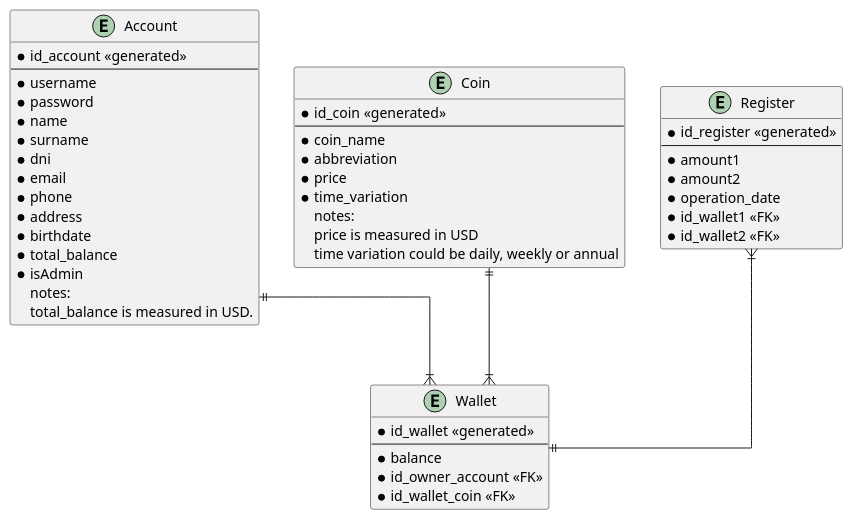
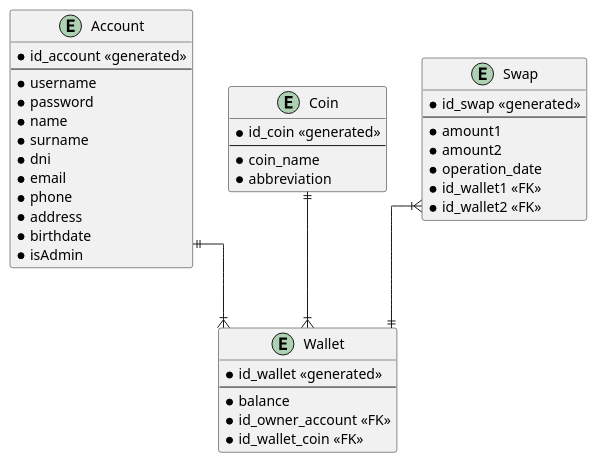
One commit to OrionTeamUTN/Bull changed the diagram in docs/Bull_E-R.puml. Above: the diagram before and after it, drawn with PlantUML.

Commit message:
Modifique el diagrama E-R

```diff
--- a/docs/Bull_E-R.puml
+++ b/docs/Bull_E-R.puml
@@ -1,65 +1,57 @@
 @startuml Bull_E-R
 
 skinparam linetype ortho
 
 entity Account {
     * id_account <<generated>>
     --
     * username
     * password
     * name 
     * surname
     * dni
     * email 
     * phone
     * address
     * birthdate
-    * total_balance
     * isAdmin
-    notes:
-    total_balance is measured in USD.
 }
 
 entity Wallet {
     * id_wallet <<generated>>
     --
     * balance 
     * id_owner_account <<FK>>
     * id_wallet_coin <<FK>>
 }
 
 entity Coin{
     * id_coin <<generated>>
     --
     * coin_name
     * abbreviation
-    * price 
-    * time_variation 
-    notes: 
-    price is measured in USD
-    time variation could be daily, weekly or annual
 }
 
-entity Register{
-    * id_register <<generated>>
+entity Swap{
+    * id_swap <<generated>>
     --
     * amount1
     * amount2
     * operation_date 
     * id_wallet1 <<FK>>
     * id_wallet2 <<FK>>
     ' amount2 es un atributo derivado. 
     ' Obtenido por una equivalencia de precios (a la fecha) de moneda que trabaja la wallet 1 a la moneda de la wallet 2
 }
 
 ' Relaciones
 
 Account ||--|{ Wallet
 Coin ||--|{ Wallet
-Register }|--|| Wallet
+Swap }|--|| Wallet
 
 ' Register }|--|| Account
 ' Register }|--|| Coin
 ' Una billetera trabaja con una sola moneda. Pero una moneda está en varias billeteras (de varios usuarios). (1 moneda a N billeteras)
 ' Una billetera tiene varios registros de operaciones. Un registro de movimientos involucra siempre entre dos billeteras (1 billetera a N registros, 1 registro a 2 billeteras). 
 @enduml
```
